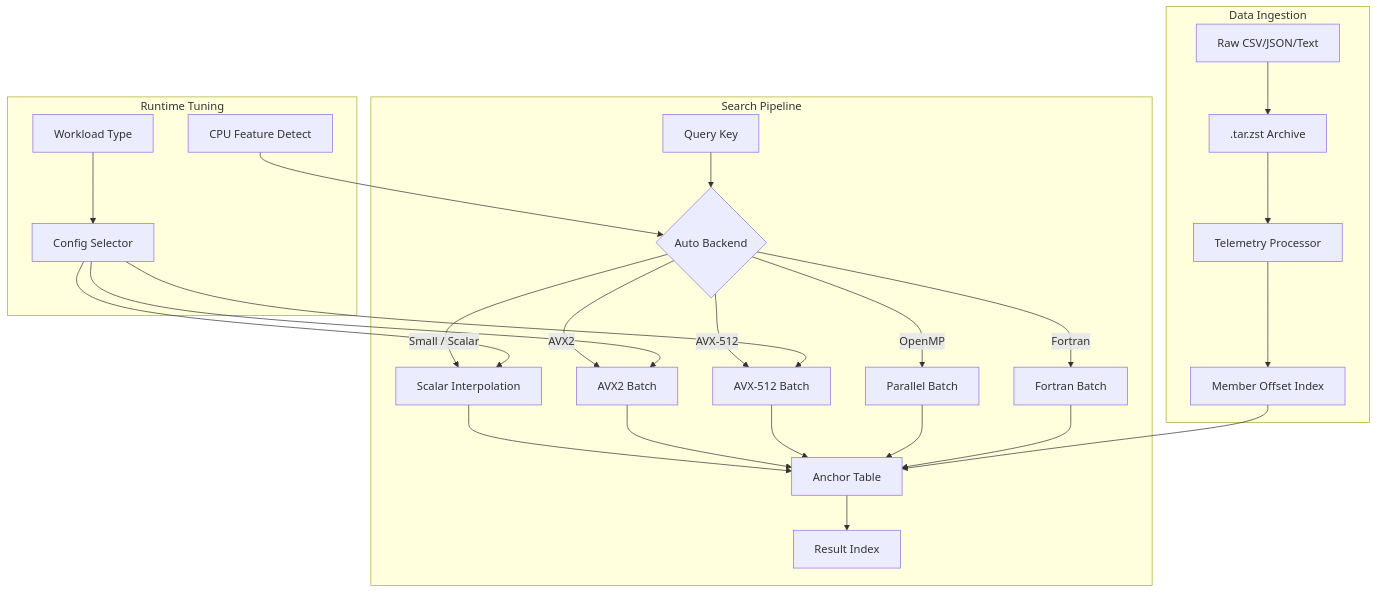
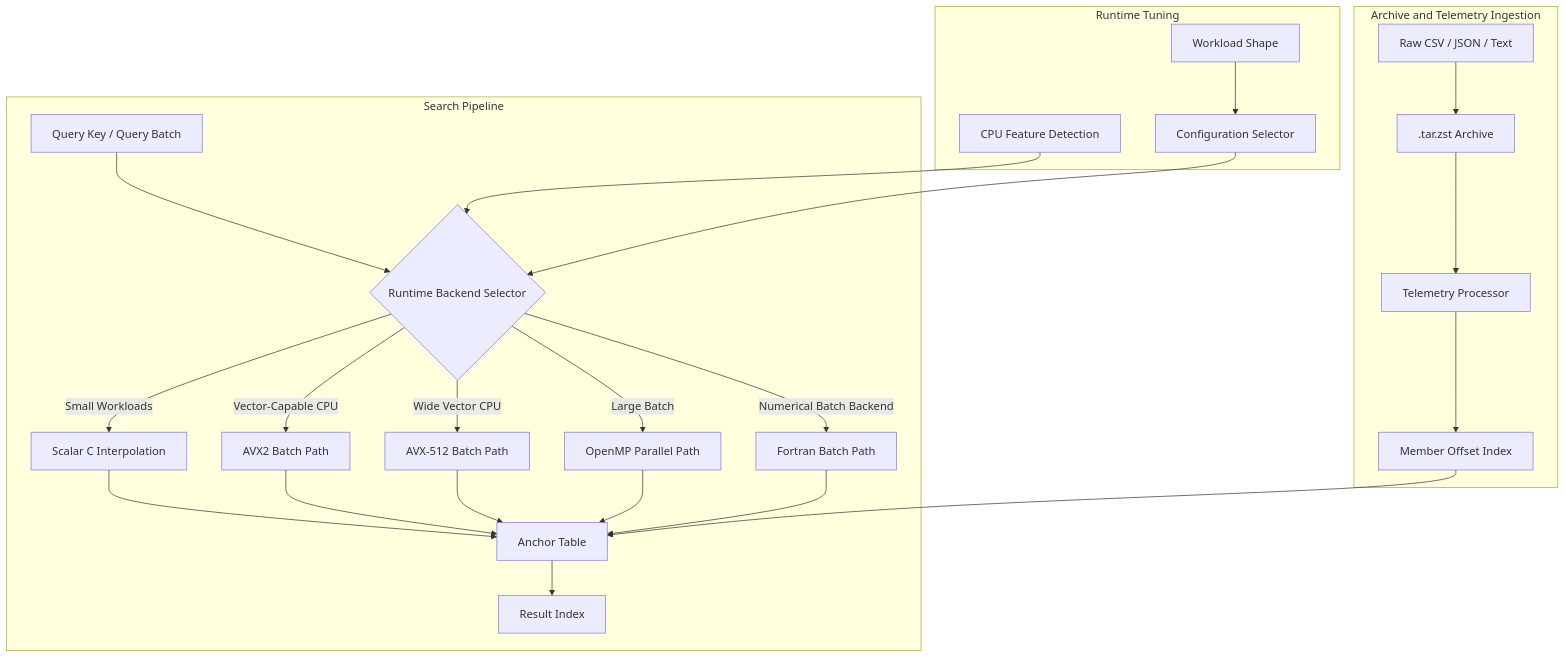
Before and after one commit to SWORDIntel/KEYSTONE: the first of 4 diagrams in README.md, drawn with Mermaid. The commit also changed other lines of this file, not shown here.

Commit message:
Rewrite README as polished functional showcase with diagrams

````diff
--- a/README.md
+++ b/README.md
@@ -15,32 +77,30 @@
 ```mermaid
 flowchart TB
     subgraph Search["Search Pipeline"]
-        Q[Query Key] --> Auto{Auto Backend}
-        Auto -->|Small / Scalar| S[Scalar Interpolation]
-        Auto -->|AVX2| A2[AVX2 Batch]
-        Auto -->|AVX-512| A5[AVX-512 Batch]
-        Auto -->|OpenMP| MP[Parallel Batch]
-        Auto -->|Fortran| FT[Fortran Batch]
-        S --> AT[Anchor Table]
+        Q["Query Key / Query Batch"] --> Auto{"Runtime Backend Selector"}
+        Auto -->|Small Workloads| S["Scalar C Interpolation"]
+        Auto -->|Vector-Capable CPU| A2["AVX2 Batch Path"]
+        Auto -->|Wide Vector CPU| A5["AVX-512 Batch Path"]
+        Auto -->|Large Batch| MP["OpenMP Parallel Path"]
+        Auto -->|Numerical Batch Backend| FT["Fortran Batch Path"]
+        S --> AT["Anchor Table"]
         A2 --> AT
         A5 --> AT
         MP --> AT
         FT --> AT
-        AT --> R[Result Index]
+        AT --> R["Result Index"]
     end
 
-    subgraph Ingestion["Data Ingestion"]
-        RAW[Raw CSV/JSON/Text] --> TZST[.tar.zst Archive]
-        TZST --> TP[Telemetry Processor]
-        TP --> IDX[Member Offset Index]
+    subgraph Ingestion["Archive and Telemetry Ingestion"]
+        RAW["Raw CSV / JSON / Text"] --> TZST[".tar.zst Archive"]
+        TZST --> TP["Telemetry Processor"]
+        TP --> IDX["Member Offset Index"]
         IDX --> AT
     end
 
-    subgraph Config["Runtime Tuning"]
-        CPU[CPU Feature Detect] --> Auto
-        WL[Workload Type] --> CFG[Config Selector]
-        CFG --> S
-        CFG --> A2
-        CFG --> A5
+    subgraph Tuning["Runtime Tuning"]
+        CPU["CPU Feature Detection"] --> Auto
+        WL["Workload Shape"] --> CFG["Configuration Selector"]
+        CFG --> Auto
     end
 ```
````
